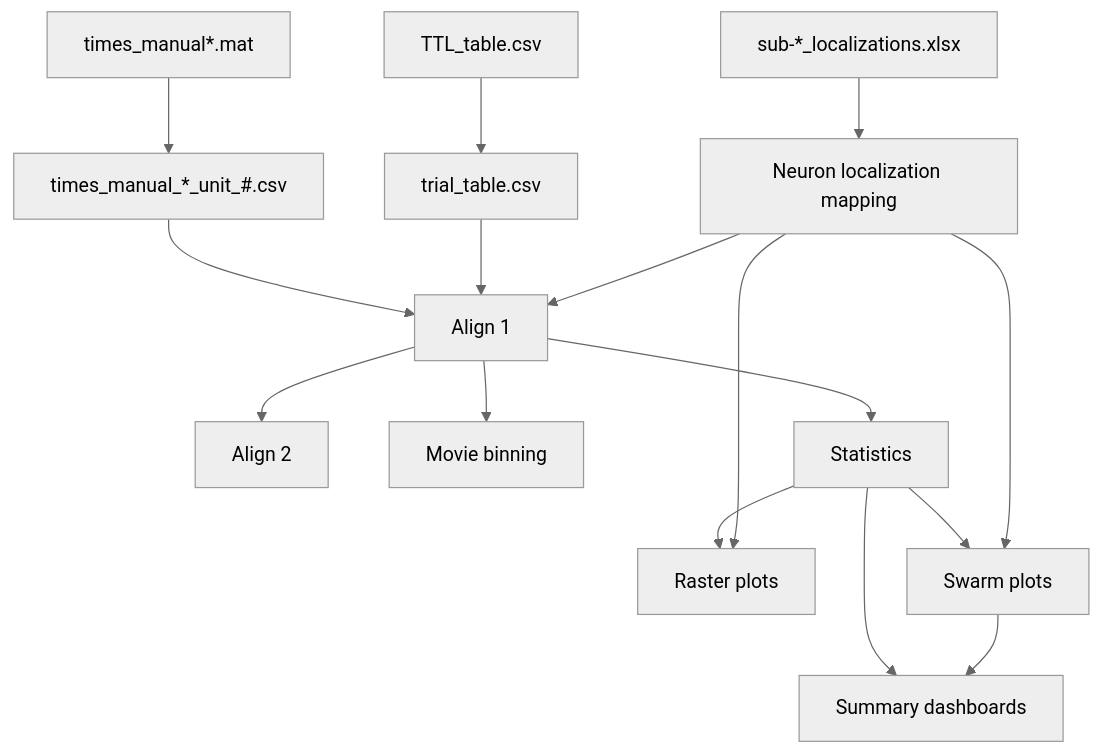
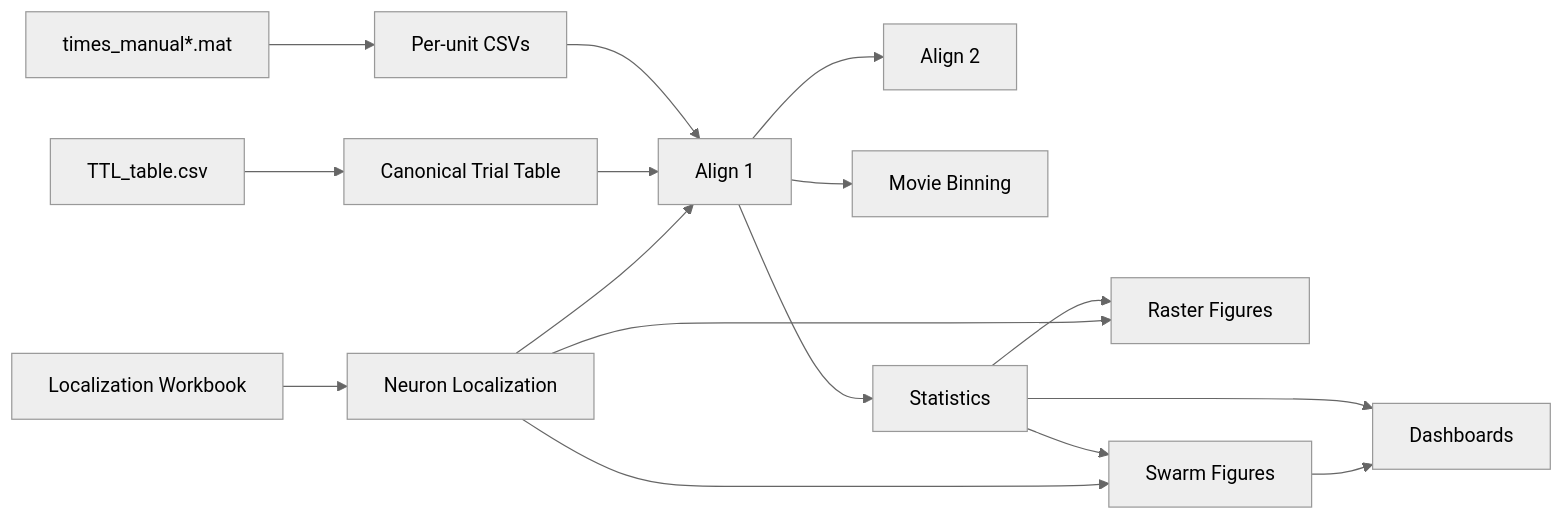
One commit to uzairh1/cnl-aatmi-project changed the diagram in README.md. Above: the diagram before and after it, drawn with Mermaid (neutral theme). The commit also changed other lines of this file, not shown here.

````diff
--- a/README.md
+++ b/README.md
@@ -322,42 +270,26 @@
 ```mermaid
-flowchart TD
+flowchart LR
 
-    MAT["times_manual*.mat"]
-    CSV["times_manual_*_unit_#.csv"]
+    MAT["times_manual*.mat"] --> CSV["Per-unit CSVs"]
 
-    TTL["TTL_table.csv"]
-    TRIAL["trial_table.csv"]
+    TTL["TTL_table.csv"] --> TRIAL["Canonical Trial Table"]
 
-    LOC["sub-*_localizations.xlsx"]
-    LOCALIZATION["Neuron localization mapping"]
+    LOC["Localization Workbook"] --> REGION["Neuron Localization"]
 
-    ALIGN1["Align 1"]
-    ALIGN2["Align 2"]
-    BIN["Movie binning"]
-    STATS["Statistics"]
-    RASTERS["Raster plots"]
-    SWARM["Swarm plots"]
-    SUM["Summary dashboards"]
+    CSV --> ALIGN1["Align 1"]
+    TRIAL --> ALIGN1
+    REGION --> ALIGN1
 
-    MAT --> CSV
+    ALIGN1 --> ALIGN2["Align 2"]
+    ALIGN1 --> BIN["Movie Binning"]
+    ALIGN1 --> STATS["Statistics"]
 
-    TTL --> TRIAL
+    STATS --> RASTER["Raster Figures"]
+    STATS --> SWARM["Swarm Figures"]
+    STATS --> DASH["Dashboards"]
 
-    LOC --> LOCALIZATION
+    REGION --> RASTER
+    REGION --> SWARM
 
-    CSV --> ALIGN1
-    TRIAL --> ALIGN1
-    LOCALIZATION --> ALIGN1
-
-    ALIGN1 --> ALIGN2
-    ALIGN1 --> BIN
-    ALIGN1 --> STATS
-
-    STATS --> RASTERS
-    STATS --> SWARM
-    STATS --> SUM
-
-    LOCALIZATION --> RASTERS
-    LOCALIZATION --> SWARM
-    SWARM --> SUM
+    SWARM --> DASH
 ```
````
